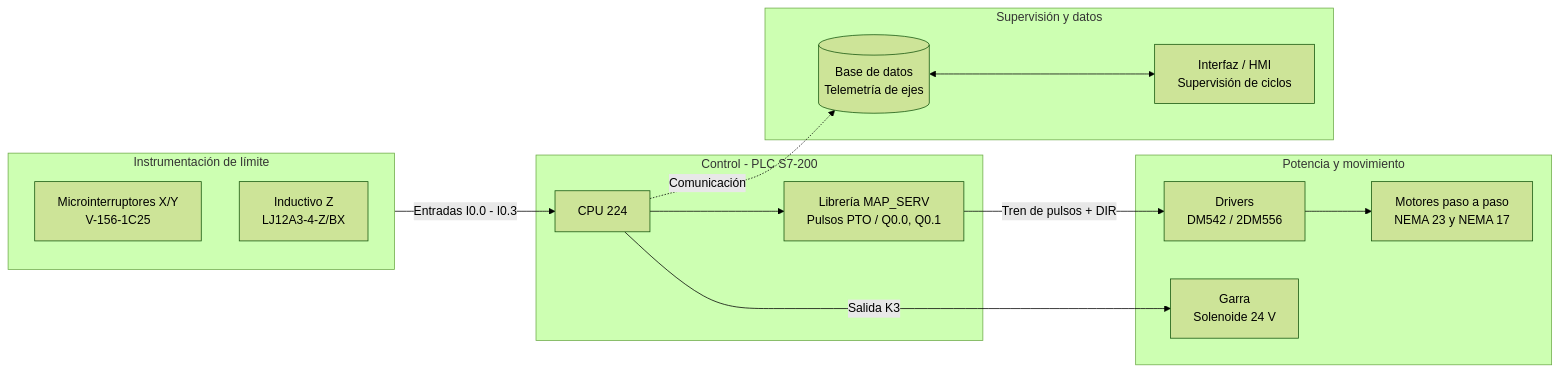
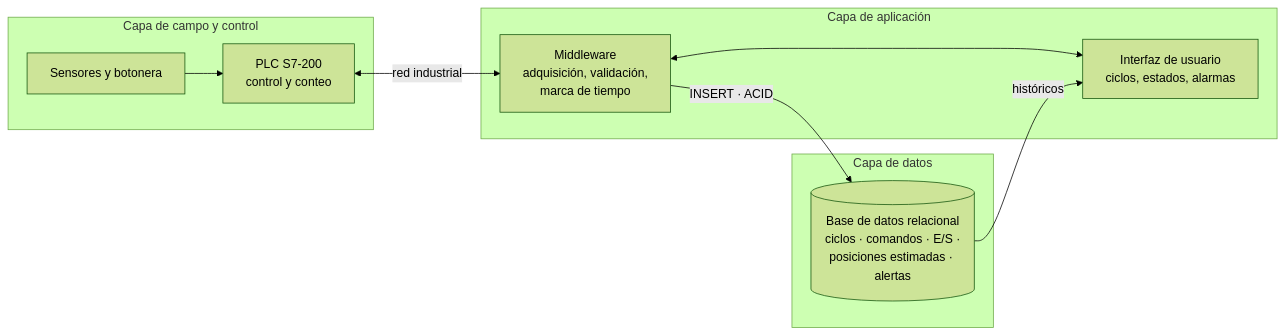
The second of 2 diagrams in README.md (GabAndGom/Brazo-4GDL-gemelo-digital), drawn with Mermaid (forest theme) before and after one commit. The commit also changed other lines of this file and 23 other files, not shown here.

````diff
--- a/README.md
+++ b/README.md
@@ -29,31 +125,15 @@
 ```mermaid
 flowchart LR
-    subgraph SENS [Instrumentación de límite]
-        S1[Microinterruptores X/Y<br>V-156-1C25]
-        S2[Inductivo Z<br>LJ12A3-4-Z/BX]
+    subgraph C1 [Capa de campo y control]
+        S[Sensores y botonera] --> P[PLC S7-200<br>control y conteo]
     end
-
-    subgraph CTRL [Control - PLC S7-200]
-        PLC[CPU 224]
-        MAP[Librería MAP_SERV<br>Pulsos PTO / Q0.0, Q0.1]
+    subgraph C2 [Capa de aplicación]
+        M[Middleware<br>adquisición, validación,<br>marca de tiempo] <--> UI[Interfaz de usuario<br>ciclos, estados, alarmas]
     end
-
-    subgraph ACT [Potencia y movimiento]
-        D1[Drivers<br>DM542 / 2DM556]
-        M1[Motores paso a paso<br>NEMA 23 y NEMA 17]
-        G[Garra<br>Solenoide 24 V]
+    subgraph C3 [Capa de datos]
+        DB[(Base de datos relacional<br>ciclos · comandos · E/S ·<br>posiciones estimadas · alertas)]
     end
-
-    subgraph DATA [Supervisión y datos]
-        DB[(Base de datos<br>Telemetría de ejes)]
-        HMI[Interfaz / HMI<br>Supervisión de ciclos]
-    end
-
-    SENS -->|Entradas I0.0 - I0.3| PLC
-    PLC --> MAP
-    MAP -->|Tren de pulsos + DIR| D1
-    D1 --> M1
-    PLC -->|Salida K3| G
-    PLC -.->|Comunicación| DB
-    DB <--> HMI
+    P <-->|red industrial| M
+    M -->|INSERT · ACID| DB
+    DB -->|históricos| UI
 ```
````
